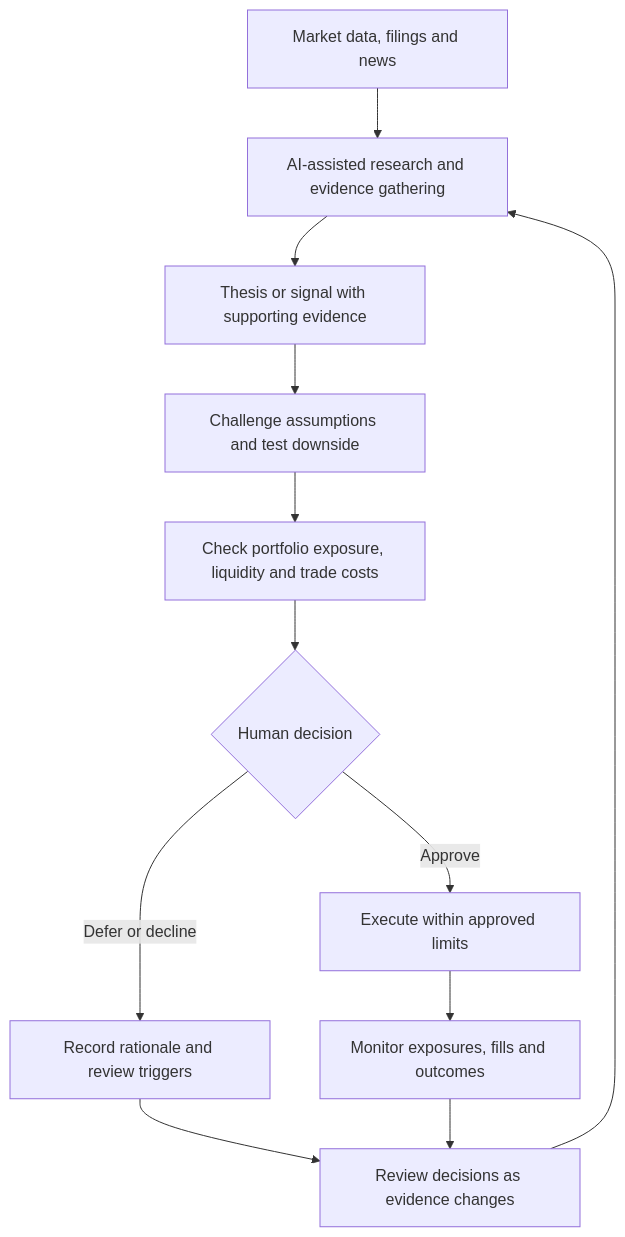
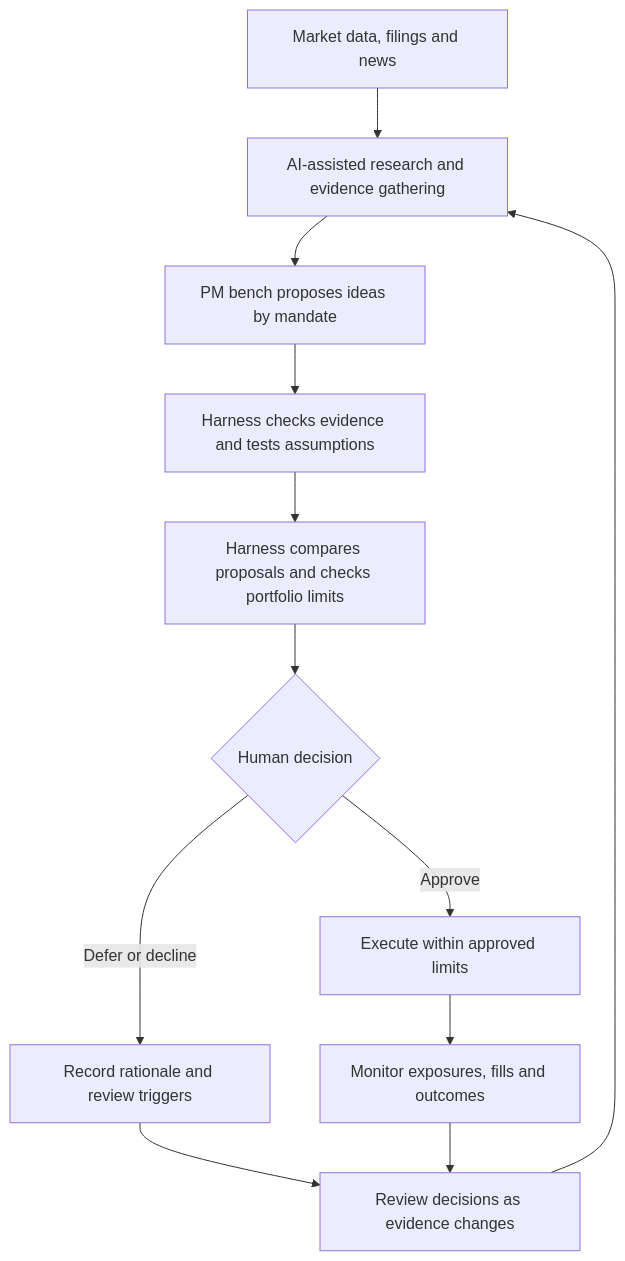
The diagram in README.md (rohaanmehta3-cell/rm-vision), drawn with Mermaid before and after one commit. The commit also changed other lines of this file, not shown here.

Commit message:
Explain the investment harness and portfolio manager bench

````diff
--- a/README.md
+++ b/README.md
@@ -20,14 +34,14 @@
 ```mermaid
 flowchart TD
     A["Market data, filings and news"] --> B["AI-assisted research and evidence gathering"]
-    B --> C["Thesis or signal with supporting evidence"]
-    C --> D["Challenge assumptions and test downside"]
-    D --> E["Check portfolio exposure, liquidity and trade costs"]
+    B --> C["PM bench proposes ideas by mandate"]
+    C --> D["Harness checks evidence and tests assumptions"]
+    D --> E["Harness compares proposals and checks portfolio limits"]
     E --> F{"Human decision"}
     F -->|"Defer or decline"| G["Record rationale and review triggers"]
     F -->|"Approve"| H["Execute within approved limits"]
     H --> I["Monitor exposures, fills and outcomes"]
     G --> J["Review decisions as evidence changes"]
     I --> J
     J --> B
 ```
````
